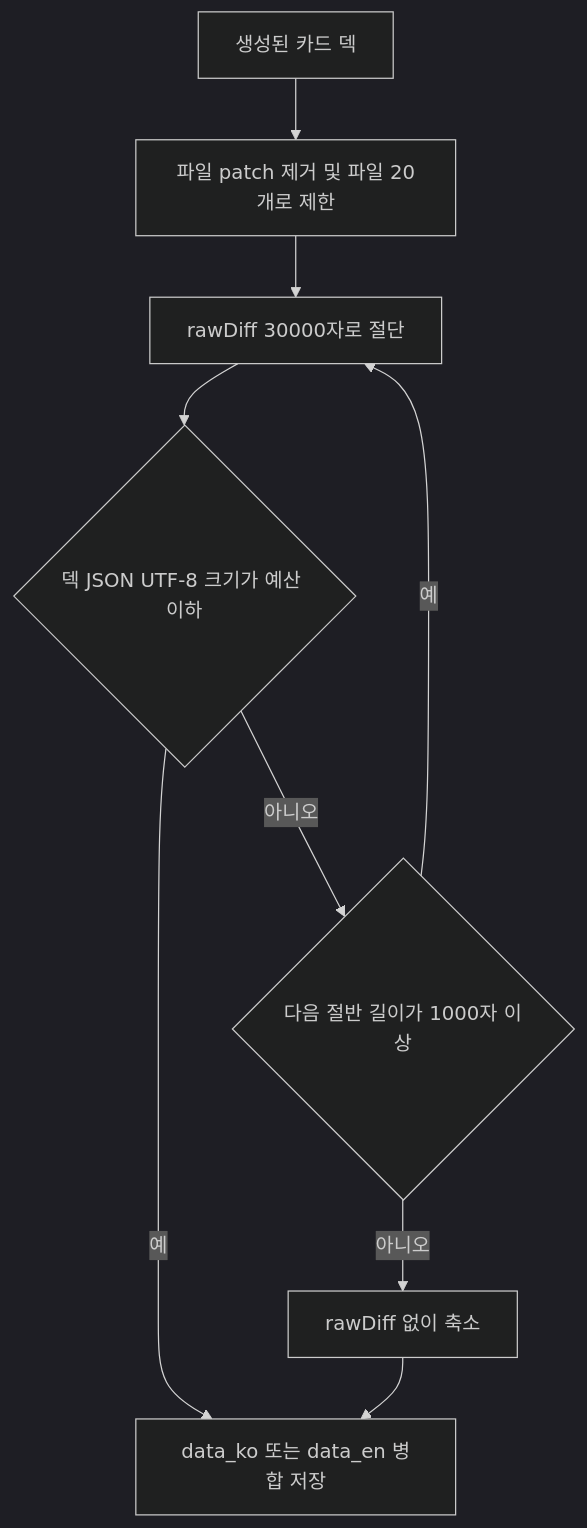
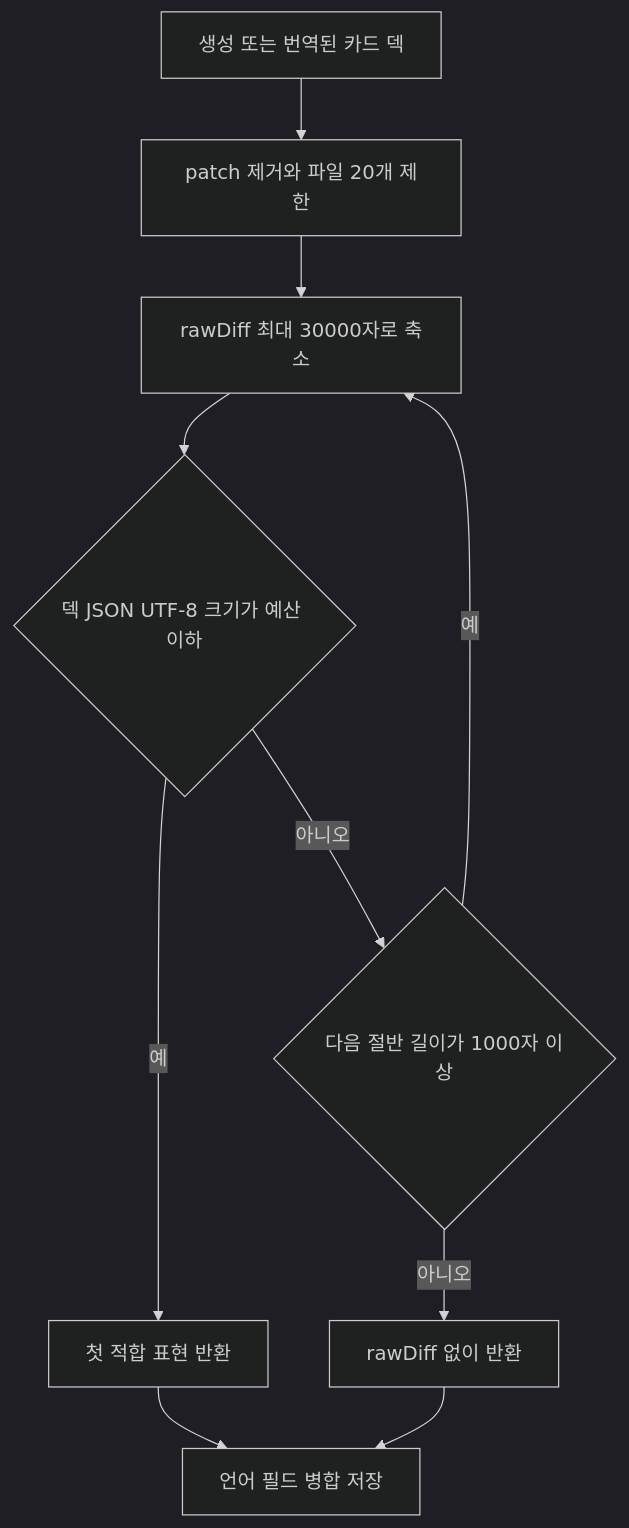
The diagram in openwiki/flashcard/deck-size-budget.md (chucoding/code-recall), drawn with Mermaid (dark theme) before and after one commit. The commit also changed other lines of this file and 25 other files, not shown here.

````diff
--- a/openwiki/flashcard/deck-size-budget.md
+++ b/openwiki/flashcard/deck-size-budget.md
@@ -40,11 +44,12 @@
 ```mermaid
 flowchart TD
-  Input["생성된 카드 덱"] --> Compact["파일 patch 제거 및 파일 20개로 제한"]
-  Compact --> Try["rawDiff 30000자로 절단"]
+  Input["생성 또는 번역된 카드 덱"] --> Compact["patch 제거와 파일 20개 제한"]
+  Compact --> Try["rawDiff 최대 30000자로 축소"]
   Try --> Fits{"덱 JSON UTF-8 크기가 예산 이하"}
-  Fits -->|"예"| Save["data_ko 또는 data_en 병합 저장"]
+  Fits -->|"예"| Fitted["첫 적합 표현 반환"]
   Fits -->|"아니오"| Half{"다음 절반 길이가 1000자 이상"}
   Half -->|"예"| Try
-  Half -->|"아니오"| NoDiff["rawDiff 없이 축소"]
-  NoDiff --> Save
+  Half -->|"아니오"| NoDiff["rawDiff 없이 반환"]
+  Fitted --> Write["언어 필드 병합 저장"]
+  NoDiff --> Write
 ```
````
